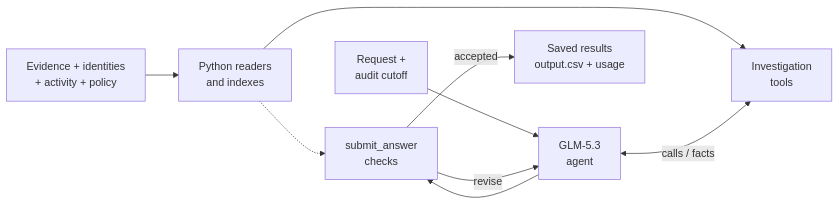
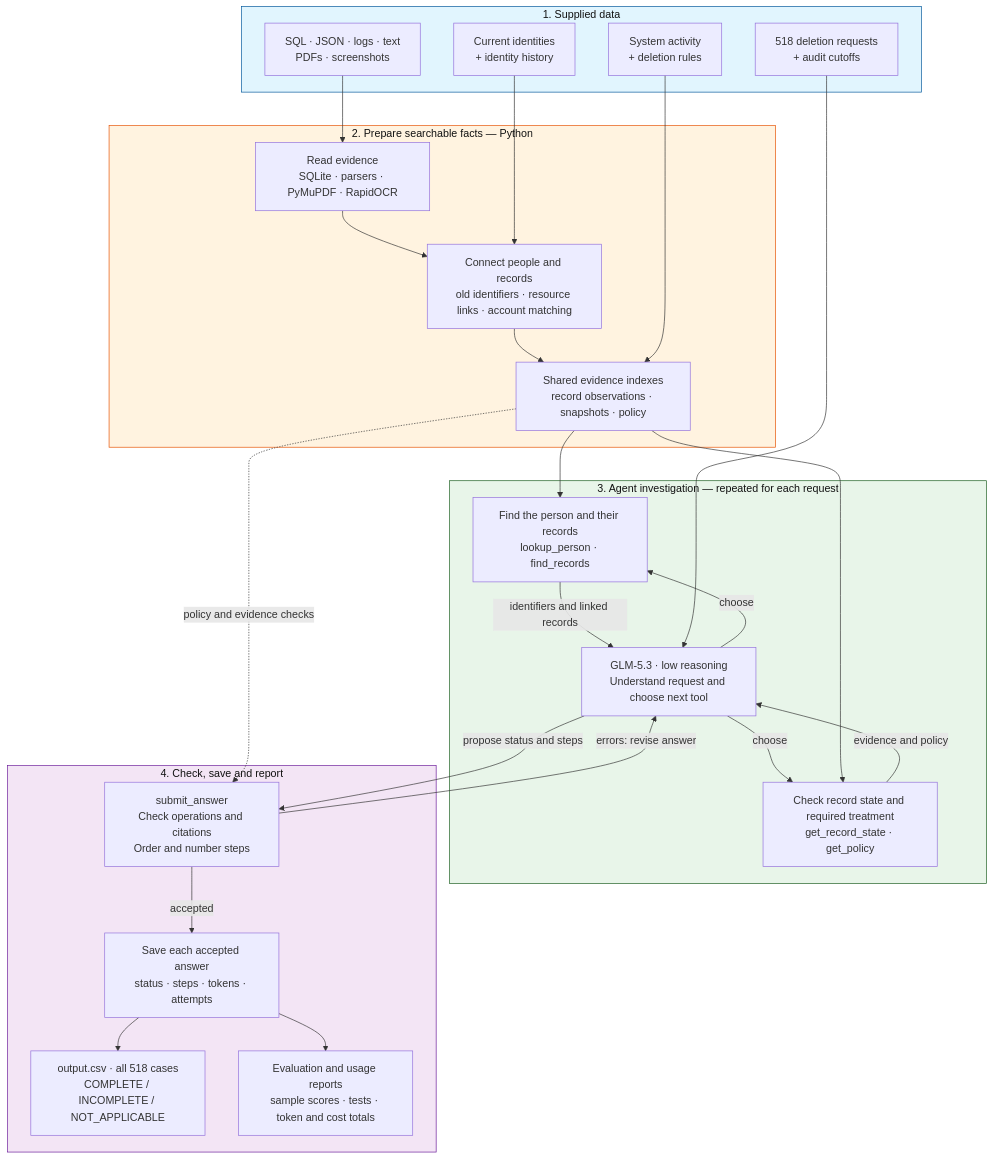
The diagram in README.md (VIVPM/hackerrank-ghost-data-still-exists), drawn with Mermaid before and after one commit. The commit also changed other lines of this file, not shown here.

Commit message:
docs: clarify architecture stages and agent investigation loop

````diff
--- a/README.md
+++ b/README.md
@@ -47,11 +49,51 @@
 ```mermaid
-flowchart LR
-    Data["Evidence + identities<br/>+ activity + policy"] --> Index["Python readers<br/>and indexes"]
-    Request["Request +<br/>audit cutoff"] --> Agent["GLM-5.3<br/>agent"]
-    Index --> Tools["Investigation<br/>tools"]
-    Agent <-->|"calls / facts"| Tools
-    Agent --> Check["submit_answer<br/>checks"]
-    Index -.-> Check
-    Check -->|"revise"| Agent
-    Check -->|"accepted"| Output["Saved results<br/>output.csv + usage"]
+flowchart TB
+    subgraph Input["1. Supplied data"]
+        Files["SQL · JSON · logs · text<br/>PDFs · screenshots"]
+        People["Current identities<br/>+ identity history"]
+        Activity["System activity<br/>+ deletion rules"]
+        Requests["518 deletion requests<br/>+ audit cutoffs"]
+    end
+
+    subgraph Prepare["2. Prepare searchable facts — Python"]
+        Read["Read evidence<br/>SQLite · parsers · PyMuPDF · RapidOCR"]
+        Match["Connect people and records<br/>old identifiers · resource links · account matching"]
+        Store["Shared evidence indexes<br/>record observations · snapshots · policy"]
+        Read --> Match --> Store
+    end
+
+    subgraph Investigate["3. Agent investigation — repeated for each request"]
+        Agent["GLM-5.3 · low reasoning<br/>Understand request and choose next tool"]
+        IdentityTools["Find the person and their records<br/>lookup_person · find_records"]
+        RecordTools["Check record state and required treatment<br/>get_record_state · get_policy"]
+        Agent -->|"choose"| IdentityTools
+        Agent -->|"choose"| RecordTools
+        IdentityTools -->|"identifiers and linked records"| Agent
+        RecordTools -->|"evidence and policy"| Agent
+    end
+
+    subgraph Finish["4. Check, save and report"]
+        Check["submit_answer<br/>Check operations and citations<br/>Order and number steps"]
+        Saved["Save each accepted answer<br/>status · steps · tokens · attempts"]
+        CSV["output.csv · all 518 cases<br/>COMPLETE / INCOMPLETE / NOT_APPLICABLE"]
+        Reports["Evaluation and usage reports<br/>sample scores · tests · token and cost totals"]
+        Check -->|"accepted"| Saved
+        Saved --> CSV
+        Saved --> Reports
+    end
+
+    Files --> Read
+    People --> Match
+    Activity --> Store
+    Requests --> Agent
+    Store --> IdentityTools
+    Store --> RecordTools
+    Store -.->|"policy and evidence checks"| Check
+    Agent -->|"propose status and steps"| Check
+    Check -->|"errors: revise answer"| Agent
+
+    style Input fill:#e1f5fe,stroke:#01579b,color:#111
+    style Prepare fill:#fff3e0,stroke:#e65100,color:#111
+    style Investigate fill:#e8f5e9,stroke:#1b5e20,color:#111
+    style Finish fill:#f3e5f5,stroke:#6a1b9a,color:#111
 ```
````
